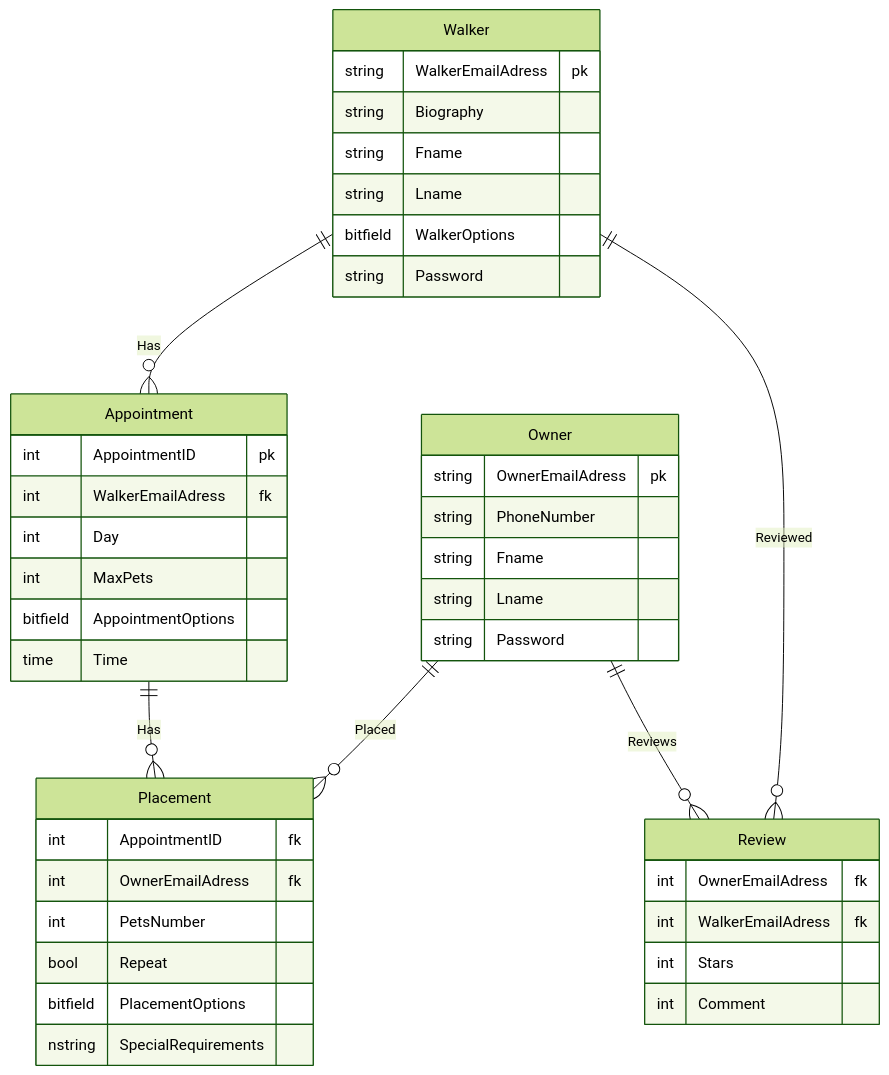
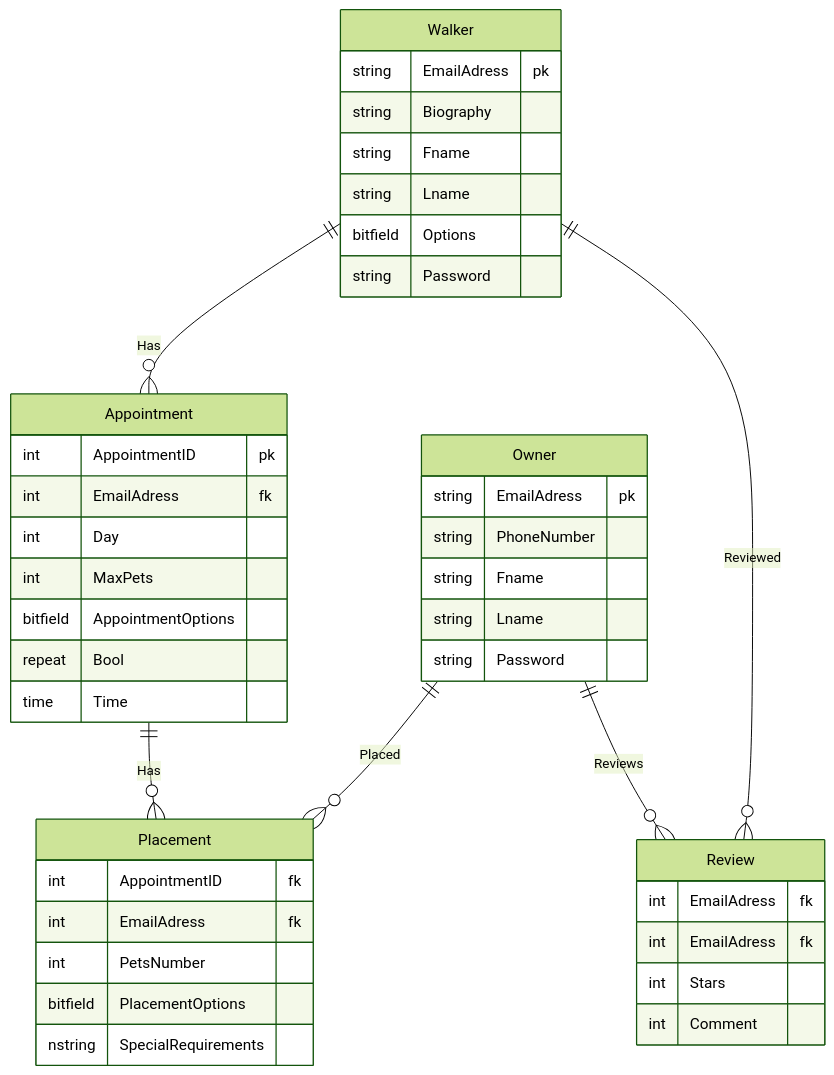
The diagram in erd.md (penguinjuice311/coursework), drawn with Mermaid (forest theme) before and after one commit.

````diff
--- a/erd.md
+++ b/erd.md
@@ -1,47 +1,47 @@
 ```mermaid
 erDiagram
 
 Walker ||--o{Appointment: Has
 Appointment ||--o{Placement: Has
 Owner ||--o{Placement: Placed
 Walker ||--o{Review: Reviewed
 Owner ||--o{Review: Reviews
 
 Walker {
-  string WalkerEmailAdress pk
+  string EmailAdress pk
   string Biography 
   string Fname
   string Lname
-  bitfield WalkerOptions
+  bitfield Options
   string Password }
 
 Owner {
-  string OwnerEmailAdress pk
+  string EmailAdress pk
   string PhoneNumber 
   string Fname
   string Lname
   string Password }
 
 Appointment {
   int AppointmentID pk
-  int WalkerEmailAdress fk
+  int EmailAdress fk
   int Day 
   int MaxPets
   bitfield AppointmentOptions
+  repeat Bool
   time Time }
 
 Placement {
   int AppointmentID fk
-  int OwnerEmailAdress fk
+  int EmailAdress fk
   int PetsNumber
-  bool Repeat
   bitfield PlacementOptions
   nstring SpecialRequirements }
 
 Review {
-  int OwnerEmailAdress fk
-  int WalkerEmailAdress fk
+  int EmailAdress fk
+  int EmailAdress fk
   int Stars
   int Comment }
 
 ```
````
